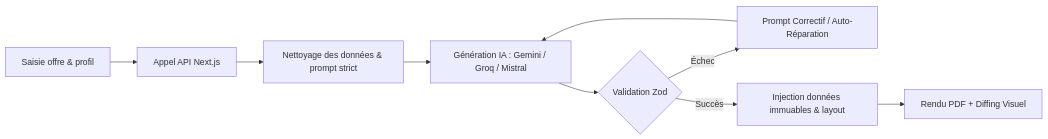
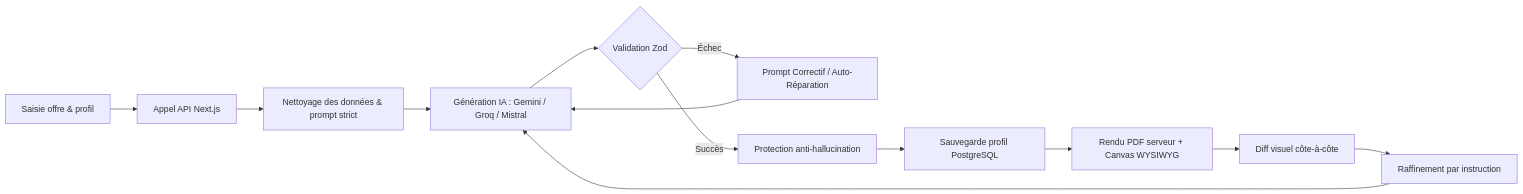
Before and after one commit to omarouertani/Kompyle: the diagram in README.md, drawn with Mermaid. The commit also changed other lines of this file, not shown here.

````diff
--- a/README.md
+++ b/README.md
@@ -77,11 +133,15 @@
 ```mermaid
 graph LR
     A[Saisie offre & profil] --> B[Appel API Next.js]
     B --> C[Nettoyage des données & prompt strict]
     C --> D[Génération IA : Gemini / Groq / Mistral]
     D --> E{Validation Zod}
     E -- Échec --> F[Prompt Correctif / Auto-Réparation]
     F --> D
-    E -- Succès --> G[Injection données immuables & layout]
-    G --> H[Rendu PDF + Diffing Visuel]
+    E -- Succès --> G[Protection anti-hallucination]
+    G --> H[Sauvegarde profil PostgreSQL]
+    H --> I[Rendu PDF serveur + Canvas WYSIWYG]
+    I --> J[Diff visuel côte-à-côte]
+    J --> K[Raffinement par instruction]
+    K --> D
 ```
````
